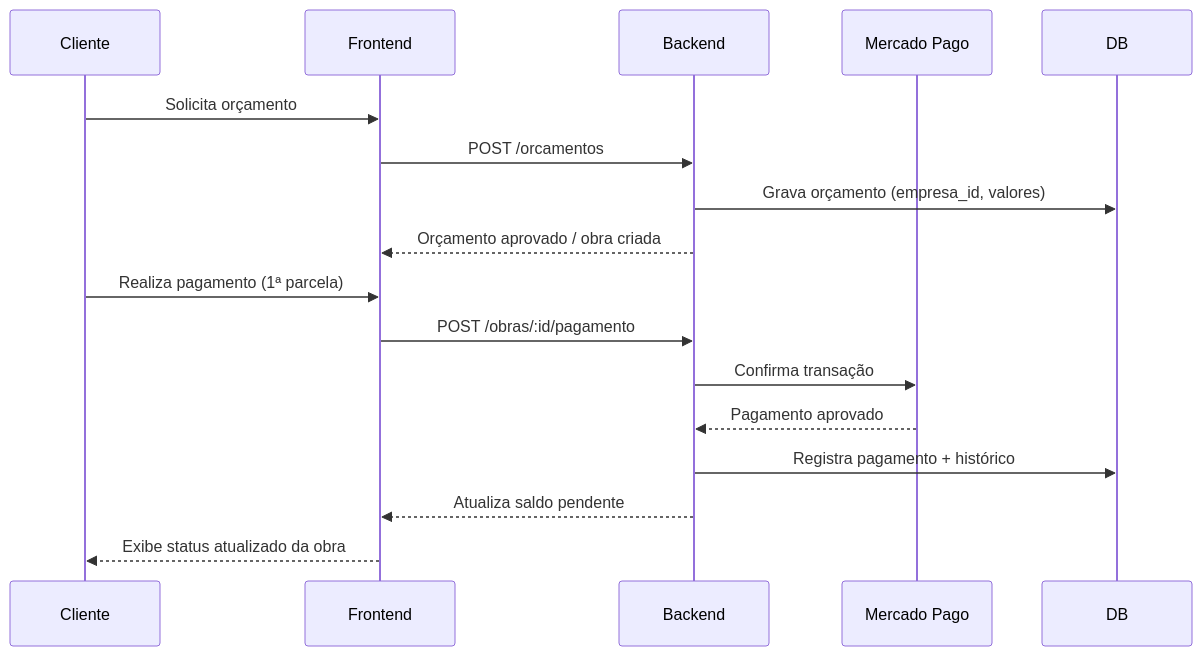
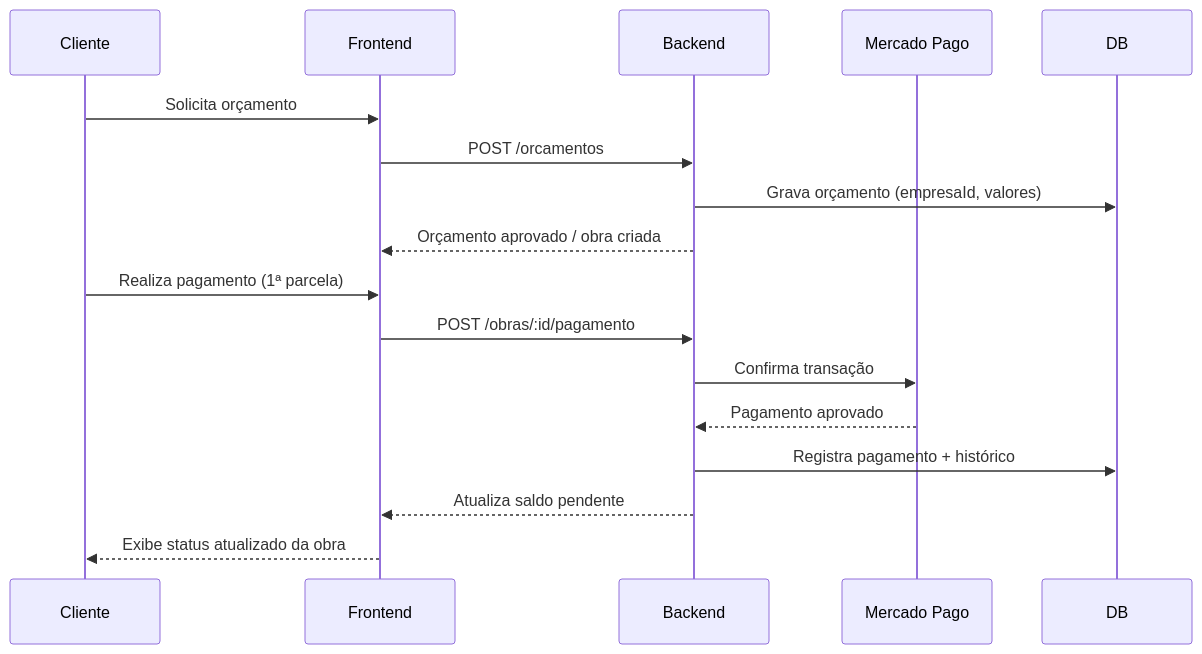
The third of 3 diagrams in README.md (Jaqueline-BCO-97/Gestao-de-Obras), drawn with Mermaid before and after one commit. The commit also changed other lines of this file, not shown here.

````diff
--- a/README.md
+++ b/README.md
@@ -219,20 +191,20 @@
 ```mermaid
 sequenceDiagram
     participant Cliente
     participant Frontend
     participant Backend
     participant Gateway as Mercado Pago
     participant DB
 
     Cliente->>Frontend: Solicita orçamento
     Frontend->>Backend: POST /orcamentos
-    Backend->>DB: Grava orçamento (empresa_id, valores)
+    Backend->>DB: Grava orçamento (empresaId, valores)
     Backend-->>Frontend: Orçamento aprovado / obra criada
     Cliente->>Frontend: Realiza pagamento (1ª parcela)
     Frontend->>Backend: POST /obras/:id/pagamento
     Backend->>Gateway: Confirma transação
     Gateway-->>Backend: Pagamento aprovado
     Backend->>DB: Registra pagamento + histórico
     Backend-->>Frontend: Atualiza saldo pendente
     Frontend-->>Cliente: Exibe status atualizado da obra
 ```
````
